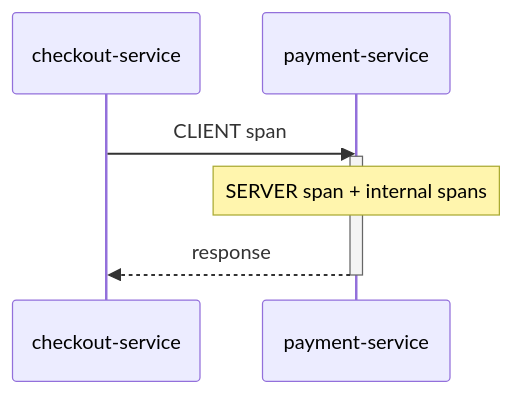
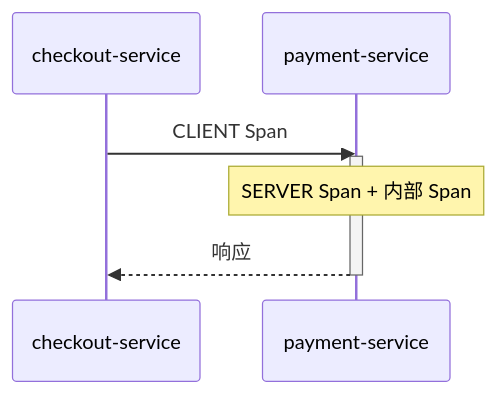
One commit to XiaoWeiKIN/Observability-Lab changed the second of 13 diagrams in docs/datadog/inferred-services.md. Above: the diagram before and after it, drawn with Mermaid. The commit also changed other lines of this file, not shown here.

````diff
--- a/docs/datadog/inferred-services.md
+++ b/docs/datadog/inferred-services.md
@@ -73,11 +77,11 @@
-```mermaid
+~~~mermaid
 sequenceDiagram
     participant C as checkout-service
     participant P as payment-service
 
-    C->>P: CLIENT span
+    C->>P: CLIENT Span
     activate P
-    Note over P: SERVER span + internal spans
-    P-->>C: response
+    Note over P: SERVER Span + 内部 Span
+    P-->>C: 响应
     deactivate P
-```
+~~~
````
